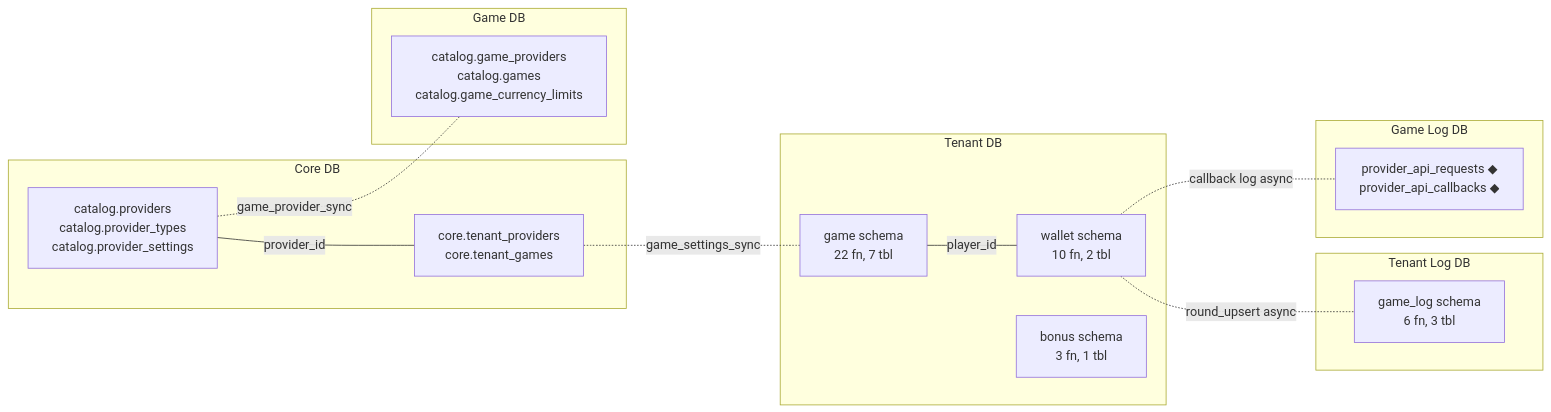
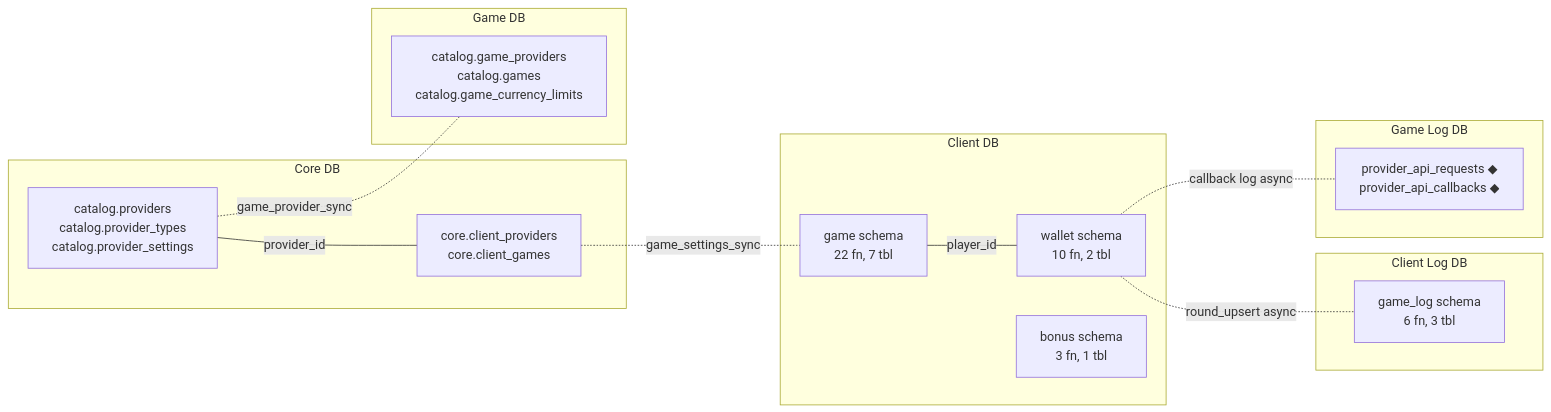
One commit to frhtshn/One.DB changed the first of 5 diagrams in .docs/guides/SPEC_GAME_GATEWAY.md. Above: the diagram before and after it, drawn with Mermaid. The commit also changed other lines of this file and 442 other files, not shown here.

First line of the commit message:
Nucleo → Sortis One ve tenant → client içerik güncellemeleri

````diff
--- a/.docs/guides/SPEC_GAME_GATEWAY.md
+++ b/.docs/guides/SPEC_GAME_GATEWAY.md
@@ -48,32 +48,32 @@
 ```mermaid
 flowchart LR
     subgraph core["Core DB"]
         CP[catalog.providers<br/>catalog.provider_types<br/>catalog.provider_settings]
-        TP[core.tenant_providers<br/>core.tenant_games]
+        TP[core.client_providers<br/>core.client_games]
     end
 
     subgraph gamedb["Game DB"]
         GC[catalog.game_providers<br/>catalog.games<br/>catalog.game_currency_limits]
     end
 
-    subgraph tenant["Tenant DB"]
+    subgraph client["Client DB"]
         GS[game schema<br/>22 fn, 7 tbl]
         WL[wallet schema<br/>10 fn, 2 tbl]
         BM[bonus schema<br/>3 fn, 1 tbl]
     end
 
-    subgraph tlog["Tenant Log DB"]
+    subgraph tlog["Client Log DB"]
         GL[game_log schema<br/>6 fn, 3 tbl]
     end
 
     subgraph glog["Game Log DB"]
         GLG[provider_api_requests ◆<br/>provider_api_callbacks ◆]
     end
 
     CP ---|"provider_id"| TP
     CP -.-|"game_provider_sync"| GC
     TP -.-|"game_settings_sync"| GS
     GS ---|"player_id"| WL
     WL -.-|"round_upsert async"| GL
     WL -.-|"callback log async"| GLG
 ```
````
